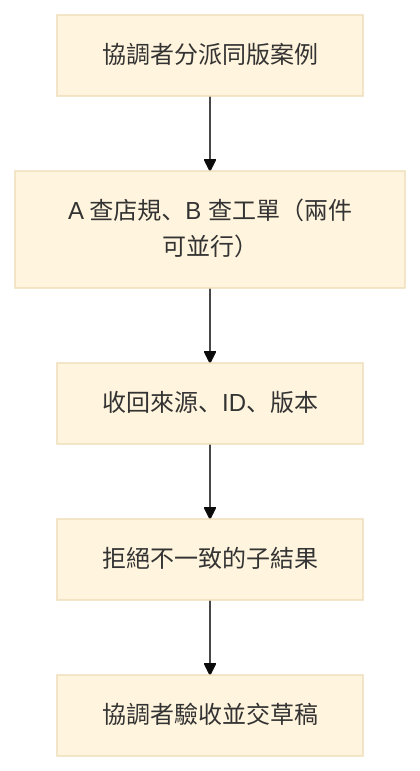
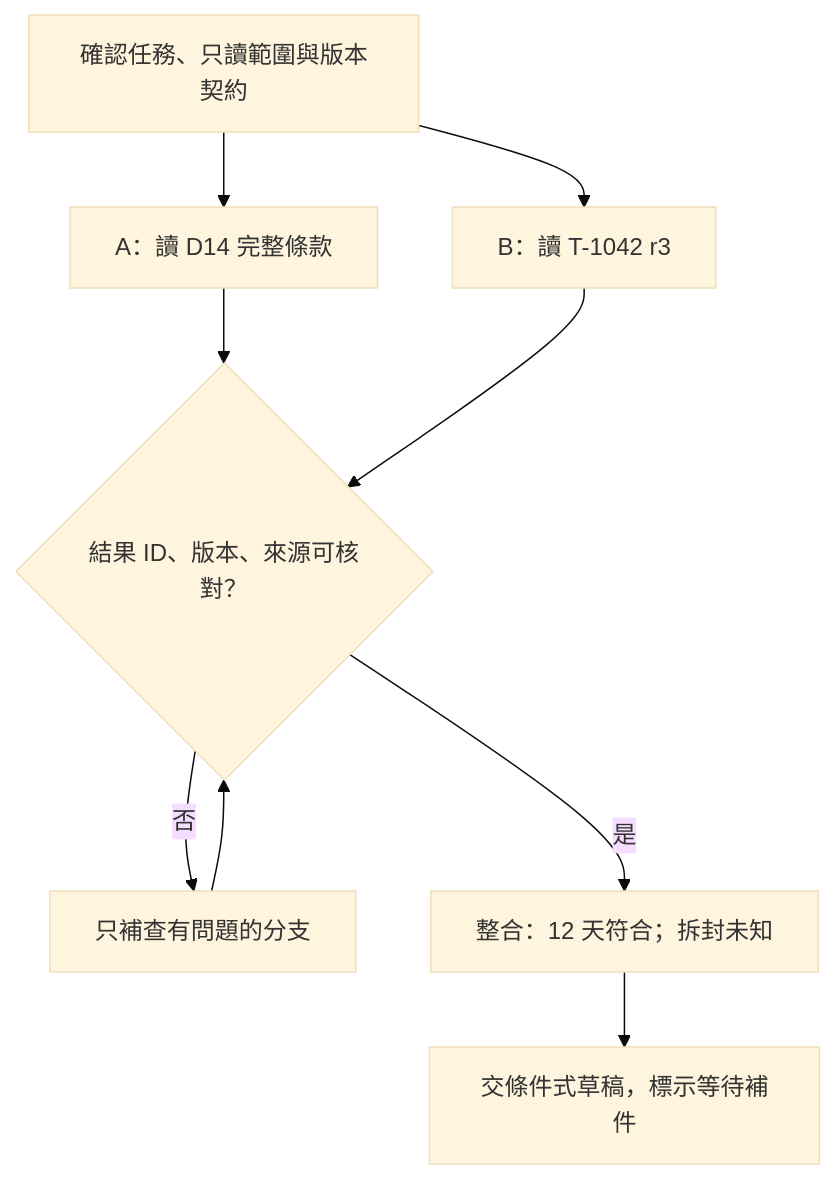
One commit to easyvibecoding/Agent-Engineering changed the diagram in chapters/protocols/10-multi-agent-and-a2a/lesson.md. Above: the diagram before and after it, drawn with Mermaid (base theme). The commit also changed other lines of this file and 138 other files, not shown here.

````diff
--- a/chapters/protocols/10-multi-agent-and-a2a/lesson.md
+++ b/chapters/protocols/10-multi-agent-and-a2a/lesson.md
@@ -62,12 +37,18 @@
 ```mermaid
 flowchart TD
-    A["協調者分派同版案例"]
-    B["A 查店規、B 查工單（兩件可並行）"]
-    C["收回來源、ID、版本"]
-    D["拒絕不一致的子結果"]
-    E["協調者驗收並交草稿"]
-    A --> B
-    B --> C
-    C --> D
-    D --> E
+    S[確認任務、只讀範圍與版本契約]
+    A[A：讀 D14 完整條款]
+    B[B：讀 T-1042 r3]
+    V{結果 ID、版本、來源可核對？}
+    R[只補查有問題的分支]
+    J[整合：12 天符合；拆封未知]
+    D[交條件式草稿，標示等待補件]
+    S --> A
+    S --> B
+    A --> V
+    B --> V
+    V -- 否 --> R
+    R --> V
+    V -- 是 --> J
+    J --> D
 ```
````
